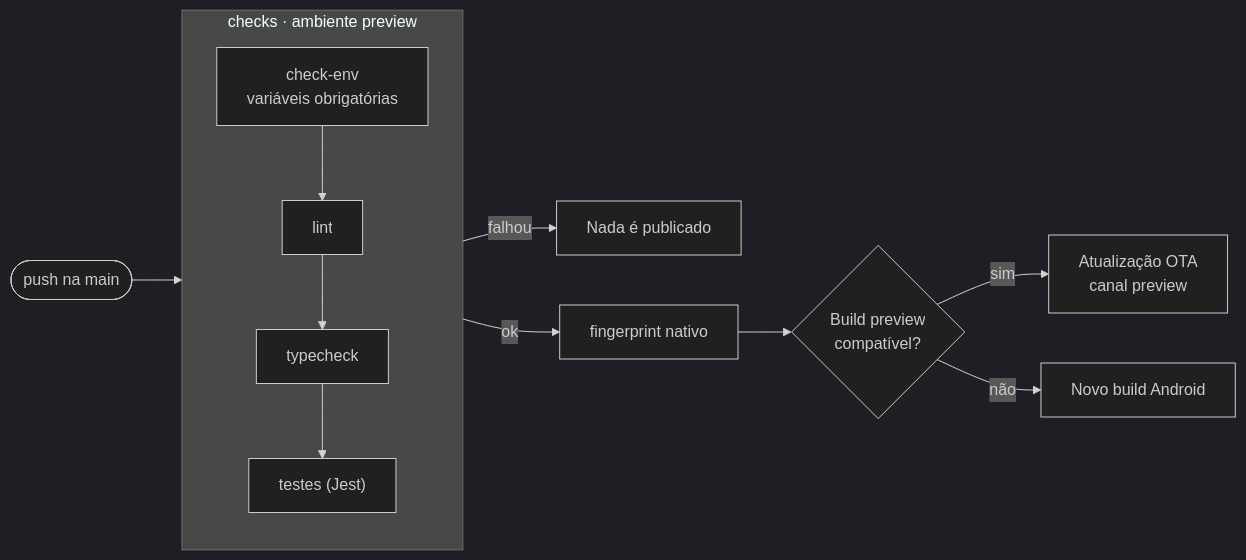
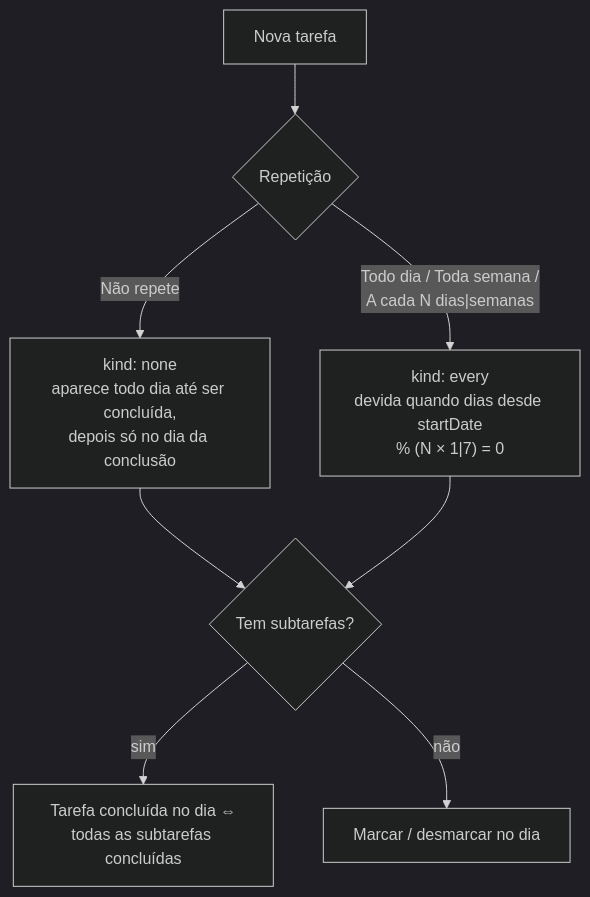
The sixth of 7 diagrams in docs/FLUXOGRAMA.md (willians-e-silva/treina), drawn with Mermaid (dark theme) before and after one commit. The commit also changed other lines of this file, not shown here.

````diff
--- a/docs/FLUXOGRAMA.md
+++ b/docs/FLUXOGRAMA.md
@@ -280,13 +252,10 @@
 ```mermaid
-flowchart LR
-    Push(["push na main"]) --> Checks
-    subgraph Checks["checks · ambiente preview"]
-        direction TB
-        E["check-env<br/>variáveis obrigatórias"] --> Li["lint"] --> Ty["typecheck"] --> Te["testes (Jest)"]
-    end
-    Checks -- "falhou" --> Stop["Nada é publicado"]
-    Checks -- "ok" --> FP["fingerprint nativo"]
-    FP --> GB{"Build preview<br/>compatível?"}
-    GB -- "sim" --> OTA["Atualização OTA<br/>canal preview"]
-    GB -- "não" --> Build["Novo build Android"]
+flowchart TD
+    New["Nova tarefa"] --> Rep{"Repetição"}
+    Rep -- "Não repete" --> OneOff["kind: none<br/>aparece todo dia até ser concluída,<br/>depois só no dia da conclusão"]
+    Rep -- "Todo dia / Toda semana /<br/>A cada N dias|semanas" --> Every["kind: every<br/>devida quando dias desde startDate<br/>% (N × 1|7) = 0"]
+    OneOff --> Sub{"Tem subtarefas?"}
+    Every --> Sub
+    Sub -- "sim" --> Sync["Tarefa concluída no dia ⇔<br/>todas as subtarefas concluídas"]
+    Sub -- "não" --> Toggle["Marcar / desmarcar no dia"]
 ```
````
